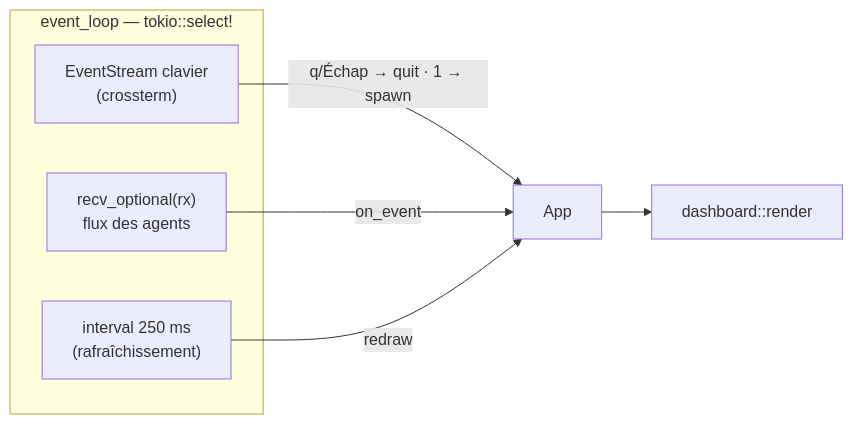
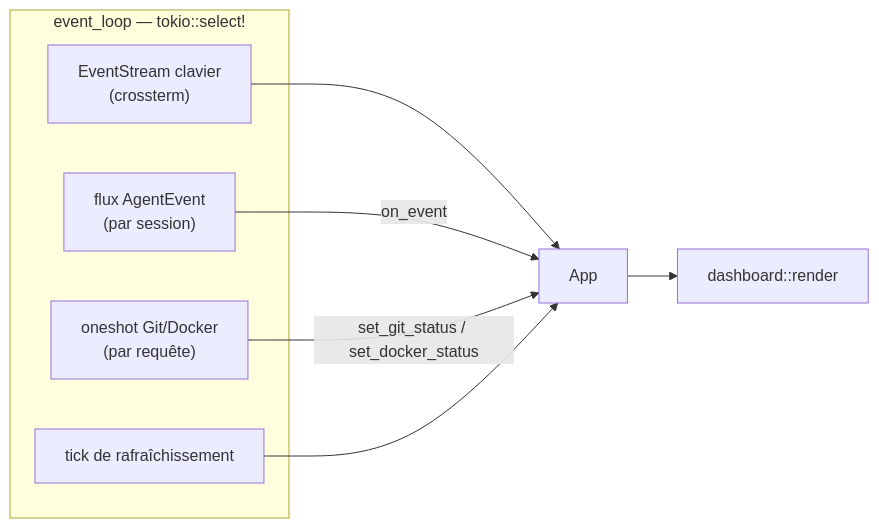
Before and after one commit to maximelarrieu/orchestra-ide: the fourth of 4 diagrams in docs/ARCHITECTURE.md, drawn with Mermaid. The commit also changed other lines of this file and 15 other files, not shown here.

First line of the commit message:
Recentrage total sur le dev : Git/Docker/Fichiers structurés + parité TUI⇄Desktop

````diff
--- a/docs/ARCHITECTURE.md
+++ b/docs/ARCHITECTURE.md
@@ -426,12 +305,14 @@
 ```mermaid
 graph LR
     subgraph loop["event_loop — tokio::select!"]
         kbd["EventStream clavier<br/>(crossterm)"]
-        chan["recv_optional(rx)<br/>flux des agents"]
-        tick["interval 250 ms<br/>(rafraîchissement)"]
+        chan["flux AgentEvent<br/>(par session)"]
+        gitdocker["oneshot Git/Docker<br/>(par requête)"]
+        tick["tick de rafraîchissement"]
     end
-    kbd -->|q/Échap → quit · 1 → spawn| state[App]
+    kbd --> state[App]
     chan -->|on_event| state
-    tick -->|redraw| state
+    gitdocker -->|set_git_status / set_docker_status| state
+    tick --> state
     state --> render[dashboard::render]
 ```
````
